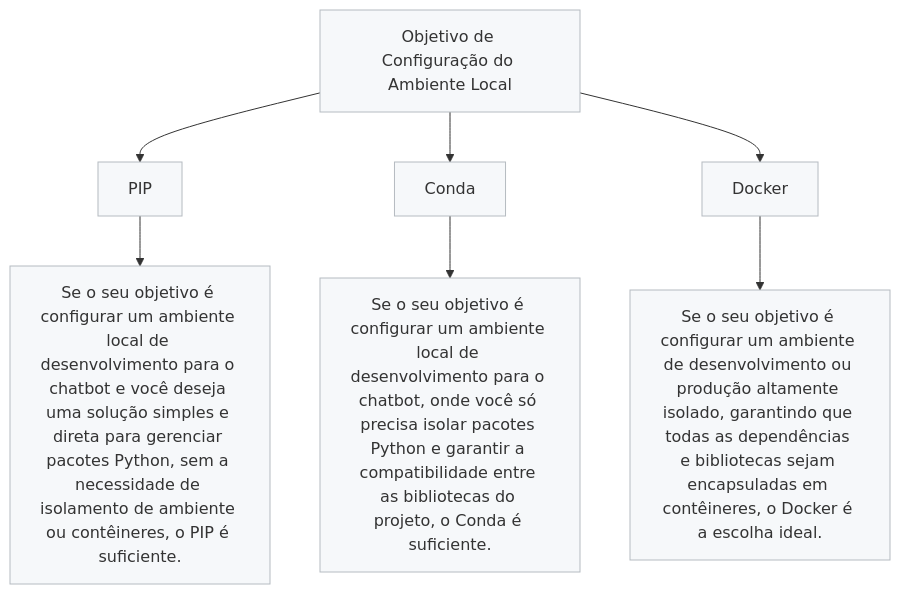
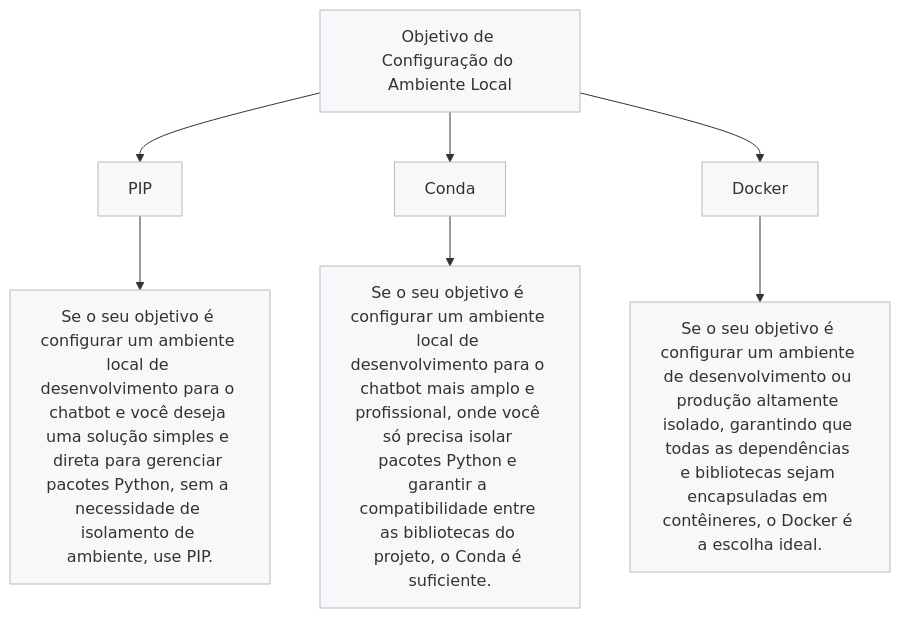
Before and after one commit to Mayvon/Chatbot-no-WhatsApp-com-LLaMA-AI-no-Servidor-Local.md: the diagram in 1. Pré-requisitos.md, drawn with Mermaid.

Commit message:
Update 1. Pré-requisitos.md

````diff
--- a/1. Pré-requisitos.md
+++ b/1. Pré-requisitos.md
@@ -57,18 +57,18 @@
 ```mermaid
 graph TD;
     A[Objetivo de Configuração do Ambiente Local] --> B[PIP]
     A[Objetivo de Configuração do Ambiente Local] --> C[Conda]
     A[Objetivo de Configuração do Ambiente Local] --> D[Docker]
 
-    B --> B1["Se o seu objetivo é configurar um ambiente local de desenvolvimento para o chatbot e você deseja uma solução simples e direta para gerenciar pacotes Python, sem a necessidade de isolamento de ambiente ou contêineres, o PIP é suficiente."]
-    C --> C1["Se o seu objetivo é configurar um ambiente local de desenvolvimento para o chatbot, onde você só precisa isolar pacotes Python e garantir a compatibilidade entre as bibliotecas do projeto, o Conda é suficiente."]
+    B --> B1["Se o seu objetivo é configurar um ambiente local de desenvolvimento para o chatbot e você deseja uma solução simples e direta para gerenciar pacotes Python, sem a necessidade de isolamento de ambiente, use PIP."]
+    C --> C1["Se o seu objetivo é configurar um ambiente local de desenvolvimento para o chatbot mais amplo e profissional, onde você só precisa isolar pacotes Python e garantir a compatibilidade entre as bibliotecas do projeto, o Conda é suficiente."]
     D --> D1["Se o seu objetivo é configurar um ambiente de desenvolvimento ou produção altamente isolado, garantindo que todas as dependências e bibliotecas sejam encapsuladas em contêineres, o Docker é a escolha ideal."]
     
     style A fill:#f6f8fa,stroke:#b5bbc1,stroke-width:1px
     style B fill:#f6f8fa,stroke:#b5bbc1,stroke-width:1px
     style C fill:#f6f8fa,stroke:#b5bbc1,stroke-width:1px
     style D fill:#f6f8fa,stroke:#b5bbc1,stroke-width:1px
     style B1 fill:#f6f8fa,stroke:#b5bbc1,stroke-width:1px
     style C1 fill:#f6f8fa,stroke:#b5bbc1,stroke-width:1px
     style D1 fill:#f6f8fa,stroke:#b5bbc1,stroke-width:1px
 ```
````
